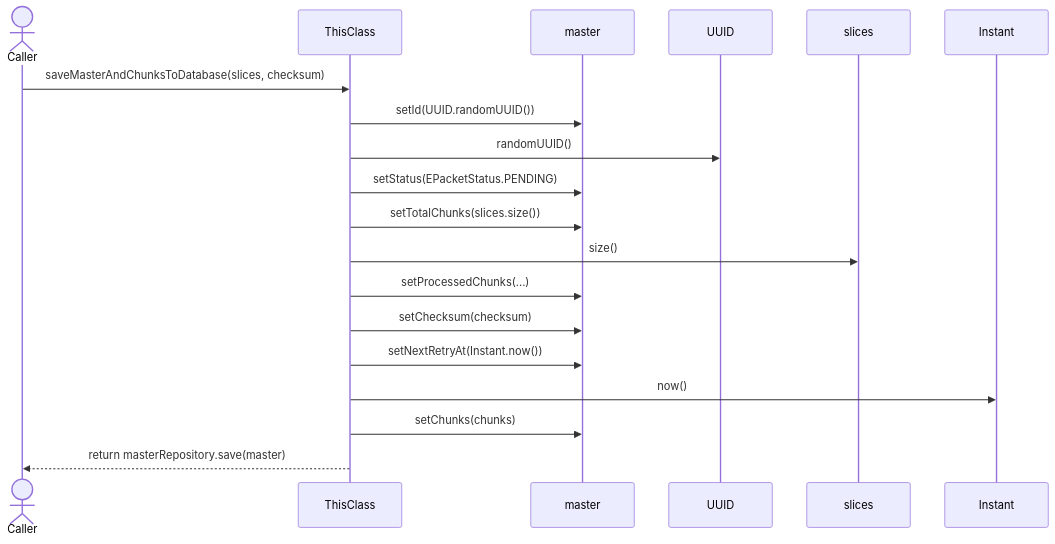
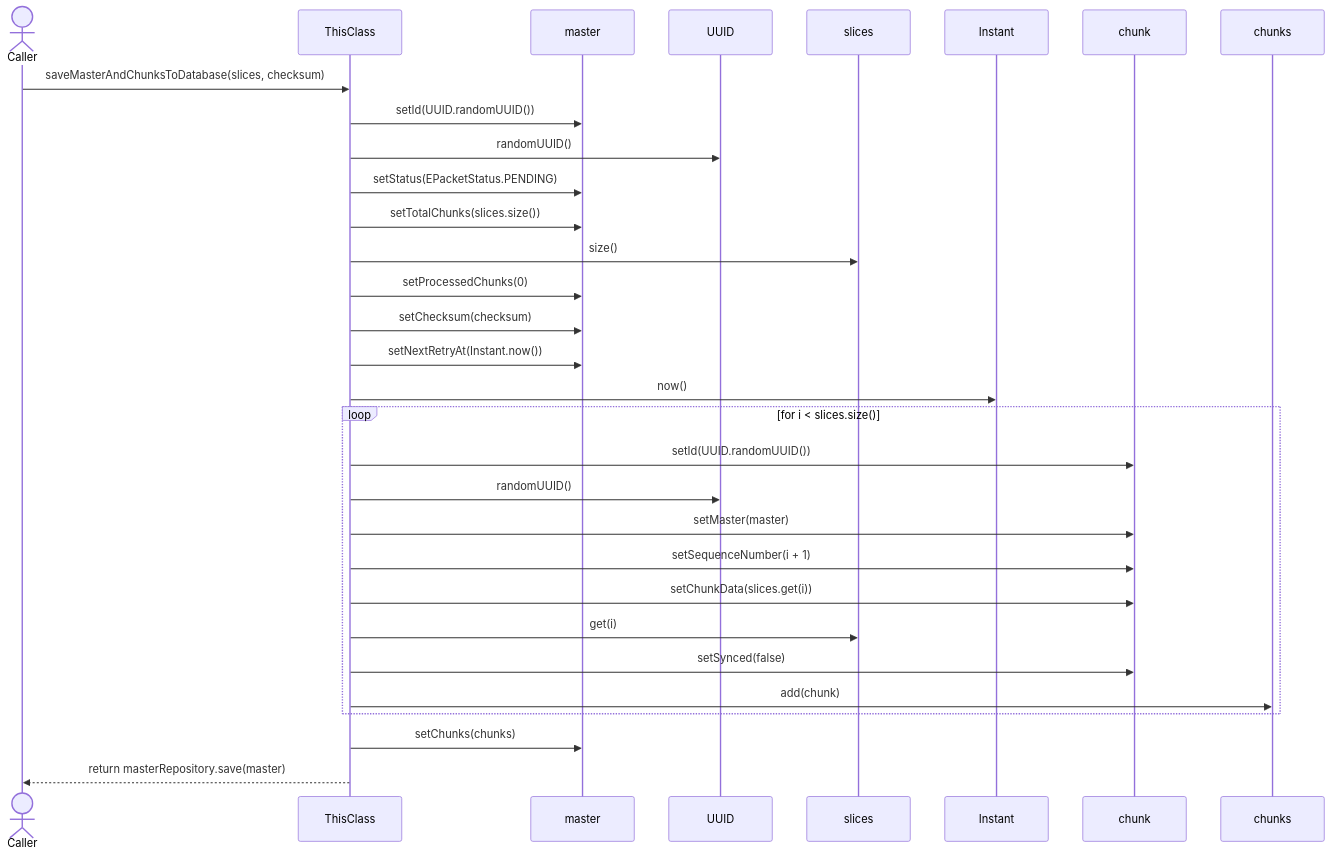
Before and after one commit to FelipeMCassiano/geanky: diagram 11 of 16 in docs/CloudSyncUploadService.md, drawn with Mermaid. The commit also changed other lines of this file and 18 other files, not shown here.

````diff
--- a/docs/CloudSyncUploadService.md
+++ b/docs/CloudSyncUploadService.md
@@ -743,23 +815,35 @@
 ```mermaid
 sequenceDiagram
     actor Caller
     participant ThisClass
 
     Caller->>ThisClass: saveMasterAndChunksToDatabase(slices, checksum)
     participant master
     ThisClass->>master: setId(UUID.randomUUID())
     participant UUID
     ThisClass->>UUID: randomUUID()
     ThisClass->>master: setStatus(EPacketStatus.PENDING)
     ThisClass->>master: setTotalChunks(slices.size())
     participant slices
     ThisClass->>slices: size()
-    ThisClass->>master: setProcessedChunks(...)
+    ThisClass->>master: setProcessedChunks(0)
     ThisClass->>master: setChecksum(checksum)
     ThisClass->>master: setNextRetryAt(Instant.now())
     participant Instant
     ThisClass->>Instant: now()
+    loop for i < slices.size()
+    participant chunk
+    ThisClass->>chunk: setId(UUID.randomUUID())
+    ThisClass->>UUID: randomUUID()
+    ThisClass->>chunk: setMaster(master)
+    ThisClass->>chunk: setSequenceNumber(i + 1)
+    ThisClass->>chunk: setChunkData(slices.get(i))
+    ThisClass->>slices: get(i)
+    ThisClass->>chunk: setSynced(false)
+    participant chunks
+    ThisClass->>chunks: add(chunk)
+    end
     ThisClass->>master: setChunks(chunks)
     ThisClass-->>Caller: return masterRepository.save(master)
 
 ```
````
